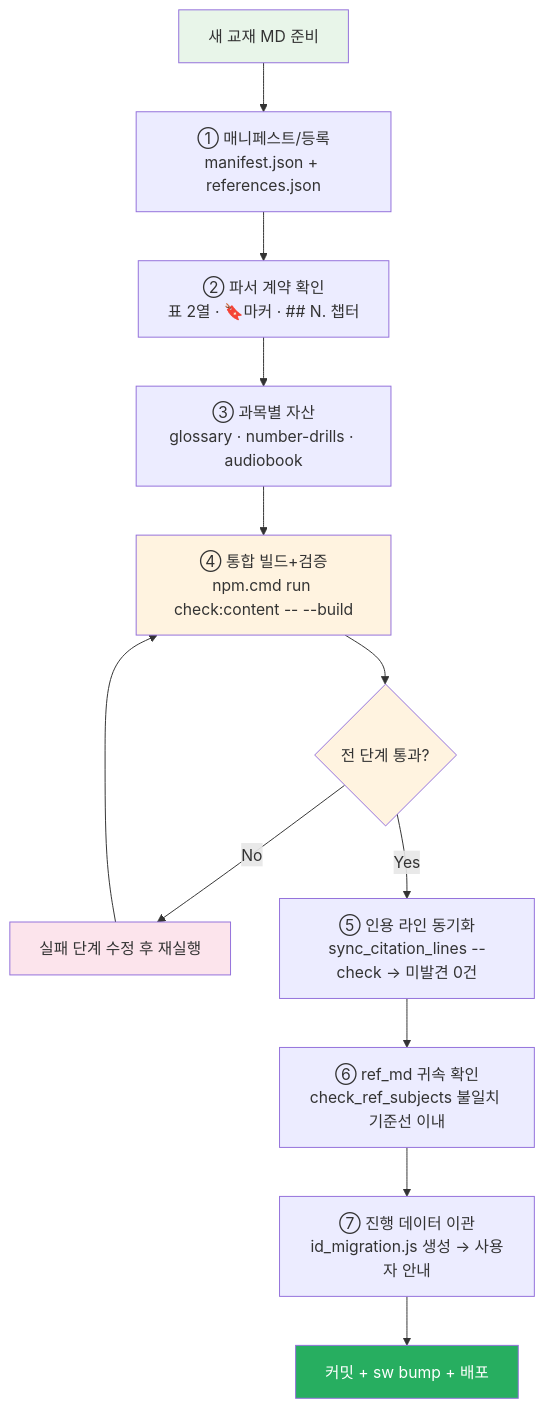
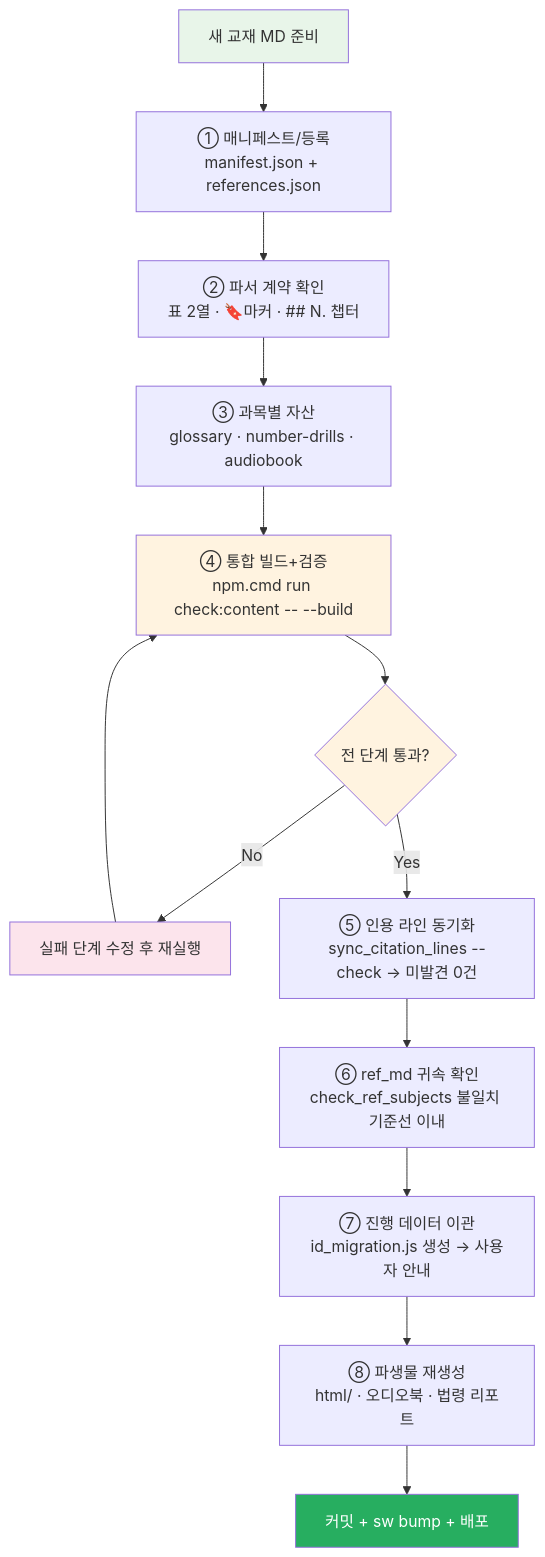
The third of 5 diagrams in docs/dev/CONTENT_WORKFLOW.md (skygoldlee-cyber/Personalized_Skincare), drawn with Mermaid before and after one commit. The commit also changed other lines of this file, not shown here.

First line of the commit message:
CONTENT_WORKFLOW 갱신 — ref-pipeline 파생물 계층 반영

````diff
--- a/docs/dev/CONTENT_WORKFLOW.md
+++ b/docs/dev/CONTENT_WORKFLOW.md
@@ -191,22 +191,23 @@
 ```mermaid
 flowchart TD
     S["새 교재 MD 준비"] --> S1["① 매니페스트/등록<br/>manifest.json + references.json"]
     S1 --> S2["② 파서 계약 확인<br/>표 2열 · 🔖마커 · ## N. 챕터"]
     S2 --> S3["③ 과목별 자산<br/>glossary · number-drills · audiobook"]
     S3 --> S4["④ 통합 빌드+검증<br/>npm.cmd run check:content -- --build"]
 
     S4 --> Q1{"전 단계 통과?"}
     Q1 -- No --> F1["실패 단계 수정 후 재실행"]
     F1 --> S4
 
     Q1 -- Yes --> S5["⑤ 인용 라인 동기화<br/>sync_citation_lines --check → 미발견 0건"]
     S5 --> S6["⑥ ref_md 귀속 확인<br/>check_ref_subjects 불일치 기준선 이내"]
     S6 --> S7["⑦ 진행 데이터 이관<br/>id_migration.js 생성 → 사용자 안내"]
-    S7 --> D["커밋 + sw bump + 배포"]
+    S7 --> S8["⑧ 파생물 재생성<br/>html/ · 오디오북 · 법령 리포트"]
+    S8 --> D["커밋 + sw bump + 배포"]
 
     style S fill:#e8f5e9
     style S4 fill:#fff3e0
     style Q1 fill:#fff3e0
     style F1 fill:#fce4ec
     style D fill:#27ae60,color:#fff
 ```
````
